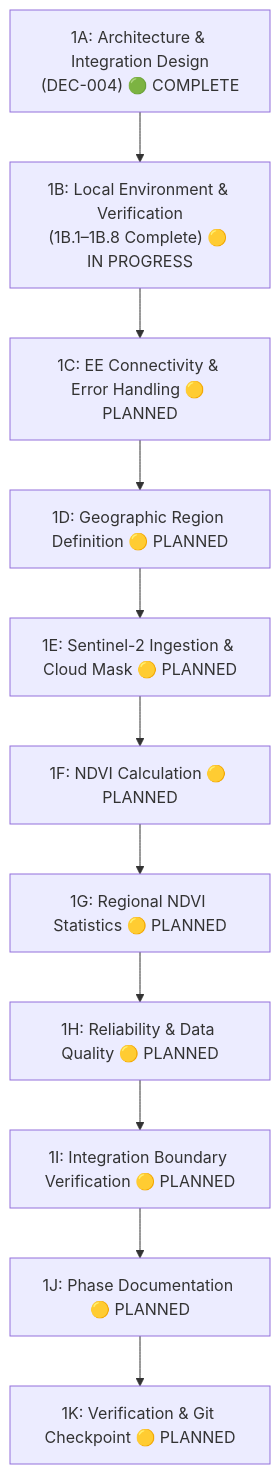
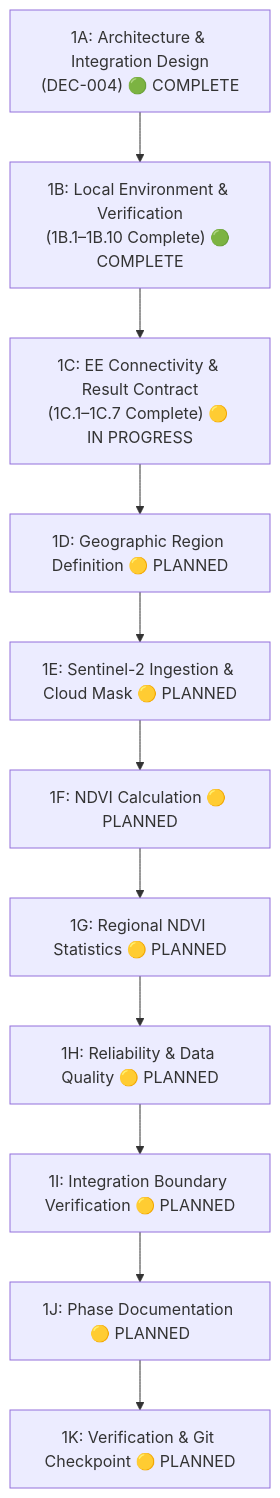
One commit to Kushagra-Dixit-0906/bharatsahayak-v2 changed the diagram in docs/phases/PHASE_01_EARTH_ENGINE_FOUNDATION.md. Above: the diagram before and after it, drawn with Mermaid. The commit also changed other lines of this file and 6 other files, not shown here.

Commit message:
build: complete Earth Engine connectivity foundation

````diff
--- a/docs/phases/PHASE_01_EARTH_ENGINE_FOUNDATION.md
+++ b/docs/phases/PHASE_01_EARTH_ENGINE_FOUNDATION.md
@@ -48,13 +64,13 @@
 ```mermaid
 graph TD
-    S1A["1A: Architecture & Integration Design\n(DEC-004) 🟢 COMPLETE"] --> S1B["1B: Local Environment & Verification\n(1B.1–1B.8 Complete) 🟡 IN PROGRESS"]
-    S1B --> S1C["1C: EE Connectivity & Error Handling 🟡 PLANNED"]
+    S1A["1A: Architecture & Integration Design\n(DEC-004) 🟢 COMPLETE"] --> S1B["1B: Local Environment & Verification\n(1B.1–1B.10 Complete) 🟢 COMPLETE"]
+    S1B --> S1C["1C: EE Connectivity & Result Contract\n(1C.1–1C.7 Complete) 🟡 IN PROGRESS"]
     S1C --> S1D["1D: Geographic Region Definition 🟡 PLANNED"]
     S1D --> S1E["1E: Sentinel-2 Ingestion & Cloud Mask 🟡 PLANNED"]
     S1E --> S1F["1F: NDVI Calculation 🟡 PLANNED"]
     S1F --> S1G["1G: Regional NDVI Statistics 🟡 PLANNED"]
     S1G --> S1H["1H: Reliability & Data Quality 🟡 PLANNED"]
     S1H --> S1I["1I: Integration Boundary Verification 🟡 PLANNED"]
     S1I --> S1J["1J: Phase Documentation 🟡 PLANNED"]
     S1J --> S1K["1K: Verification & Git Checkpoint 🟡 PLANNED"]
 ```
````
